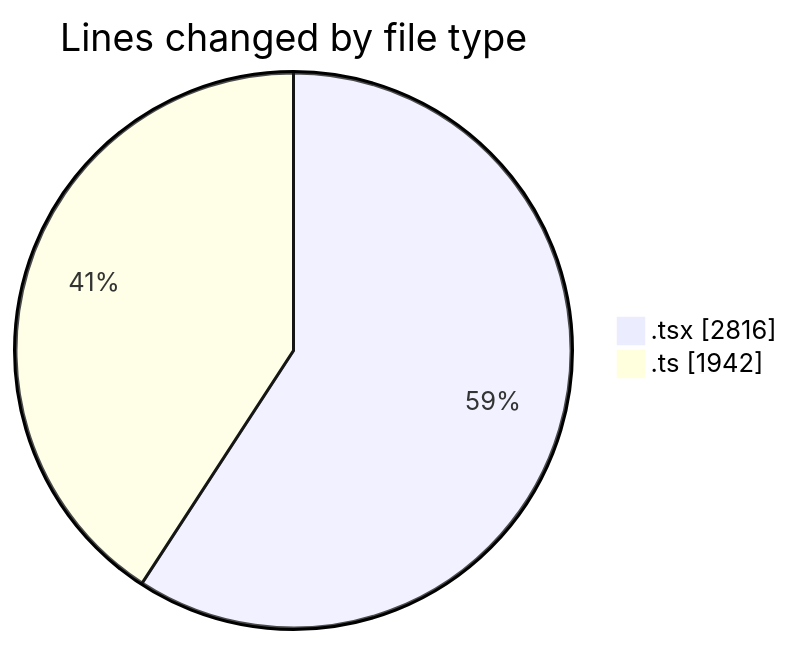
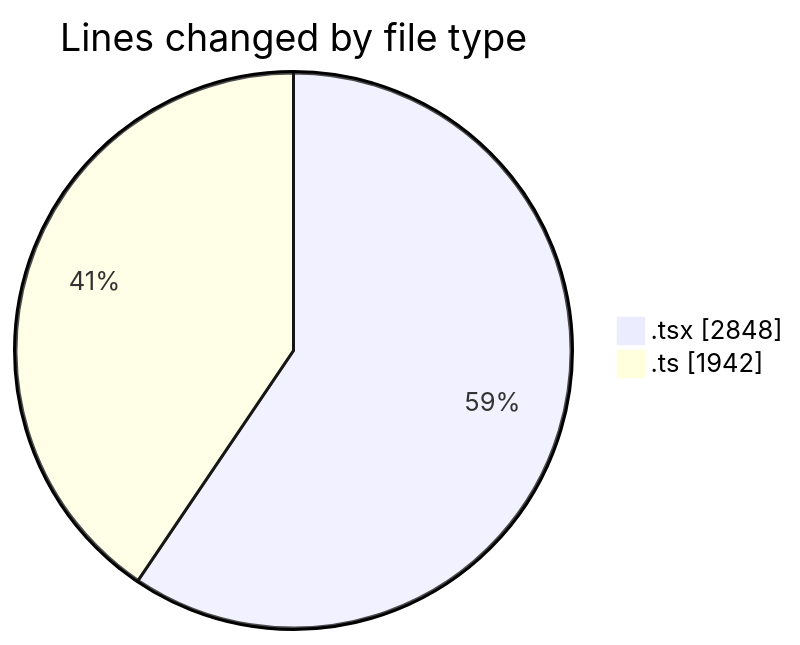
The first of 2 diagrams in 2026-02-20/nxtqube_webapp/README.md (nxtqubesakshisongat/code-tracking), drawn with Mermaid before and after one commit. The commit also changed other lines of this file and 1 other file, not shown here.

````diff
--- a/2026-02-20/nxtqube_webapp/README.md
+++ b/2026-02-20/nxtqube_webapp/README.md
@@ -31,6 +31,6 @@
 ```mermaid
 pie showData
 title Lines changed by file type
-".tsx" : 2816
+".tsx" : 2848
 ".ts" : 1942
 ```
````
